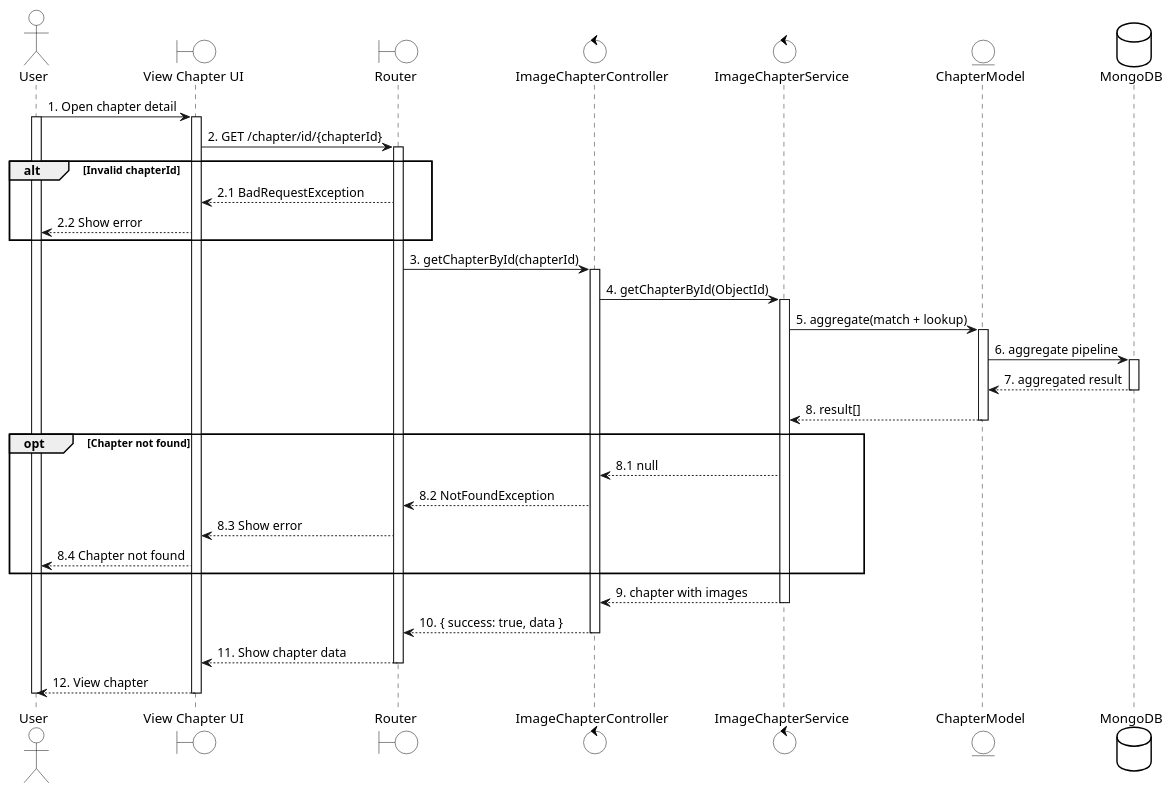
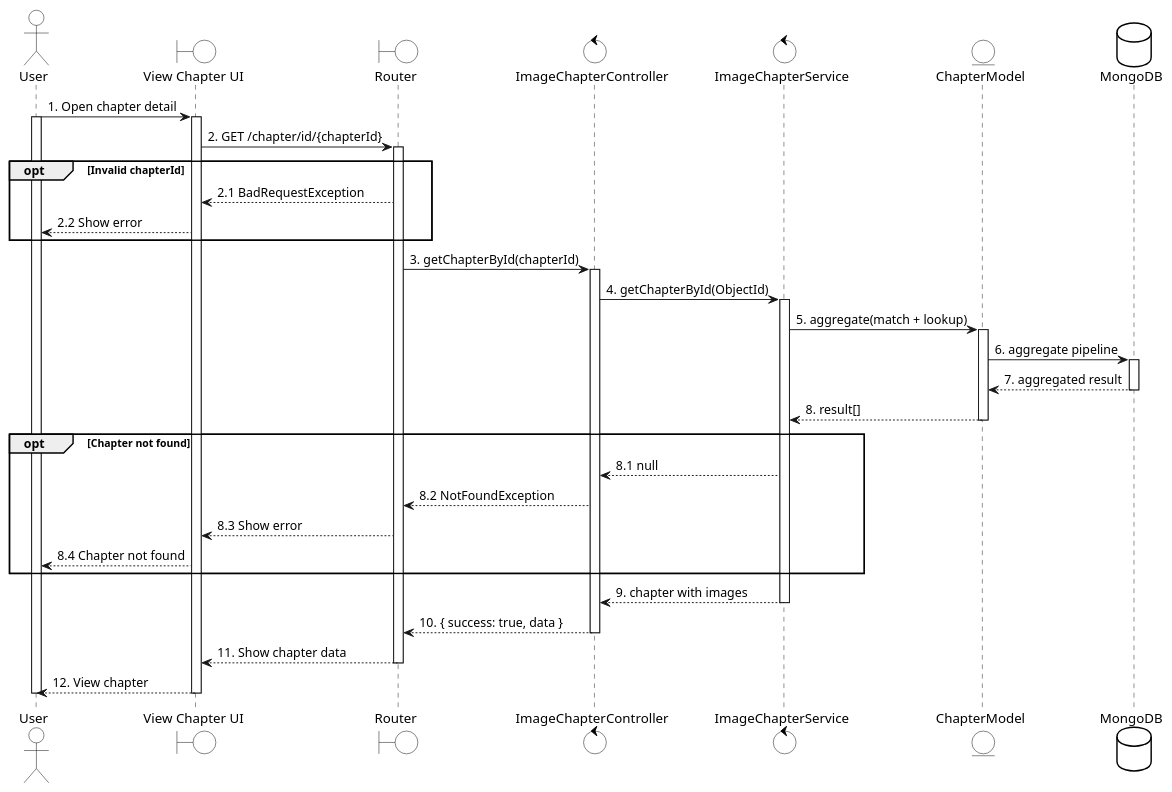
Before and after one commit to LGK1412/sequence_sep490_01: the diagram in uc62 - View Image Chapter.wsd, drawn with PlantUML. The commit also changed 159 other files, not shown here.

Commit message:
Update subsequence

```diff
--- a/uc62 - View Image Chapter.wsd
+++ b/uc62 - View Image Chapter.wsd
@@ -1,68 +1,68 @@
 @startuml
 skinparam {
     ActorBackgroundColor #FFFFFF
     BoundaryBackgroundColor #FFFFFF
     ControlBackgroundColor #FFFFFF
     EntityBackgroundColor #FFFFFF
     DatabaseBackgroundColor #FFFFFF
 
     ActorBorderColor black
     BoundaryBorderColor black
     ControlBorderColor black
     EntityBorderColor black
     DatabaseBorderColor black
 }
 
 actor User
 boundary "View Chapter UI" as UI
 boundary Router
 control ImageChapterController
 control ImageChapterService
 entity ChapterModel
 database MongoDB
 
 User -> UI: 1. Open chapter detail
 activate User
 activate UI
 
 UI -> Router: 2. GET /chapter/id/{chapterId}
 activate Router
 
-alt Invalid chapterId
+opt Invalid chapterId
     Router --> UI: 2.1 BadRequestException
     UI --> User: 2.2 Show error
 end
 
 Router -> ImageChapterController: 3. getChapterById(chapterId)
 activate ImageChapterController
 
 ImageChapterController -> ImageChapterService: 4. getChapterById(ObjectId)
 activate ImageChapterService
 
 ImageChapterService -> ChapterModel: 5. aggregate(match + lookup)
 activate ChapterModel
 ChapterModel -> MongoDB: 6. aggregate pipeline
 activate MongoDB
 MongoDB --> ChapterModel: 7. aggregated result
 deactivate MongoDB
 ChapterModel --> ImageChapterService: 8. result[]
 deactivate ChapterModel
 
 opt Chapter not found
     ImageChapterService --> ImageChapterController: 8.1 null
     ImageChapterController --> Router: 8.2 NotFoundException
     Router --> UI: 8.3 Show error
     UI --> User: 8.4 Chapter not found
 end
 
 ImageChapterService --> ImageChapterController: 9. chapter with images
 deactivate ImageChapterService
 
 ImageChapterController --> Router: 10. { success: true, data }
 deactivate ImageChapterController
 Router --> UI: 11. Show chapter data
 deactivate Router
 UI --> User: 12. View chapter
 deactivate UI
 deactivate User
 @enduml
```
